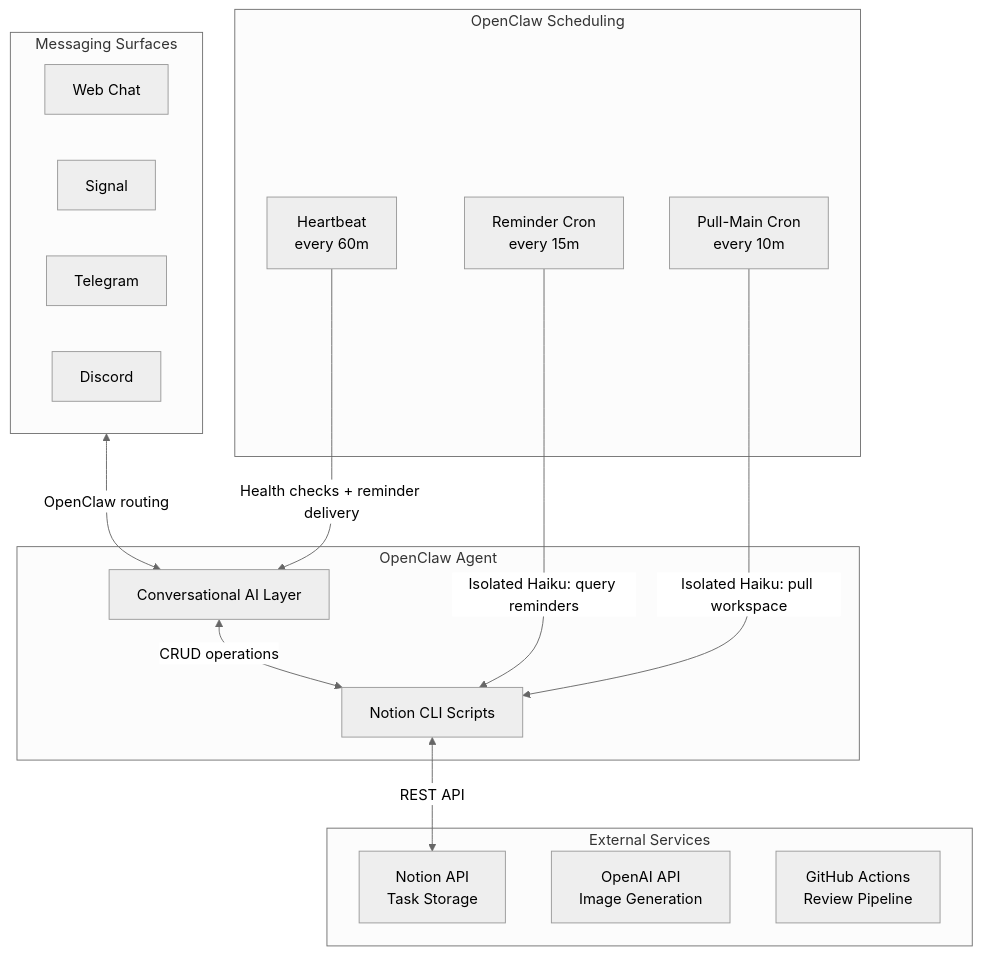
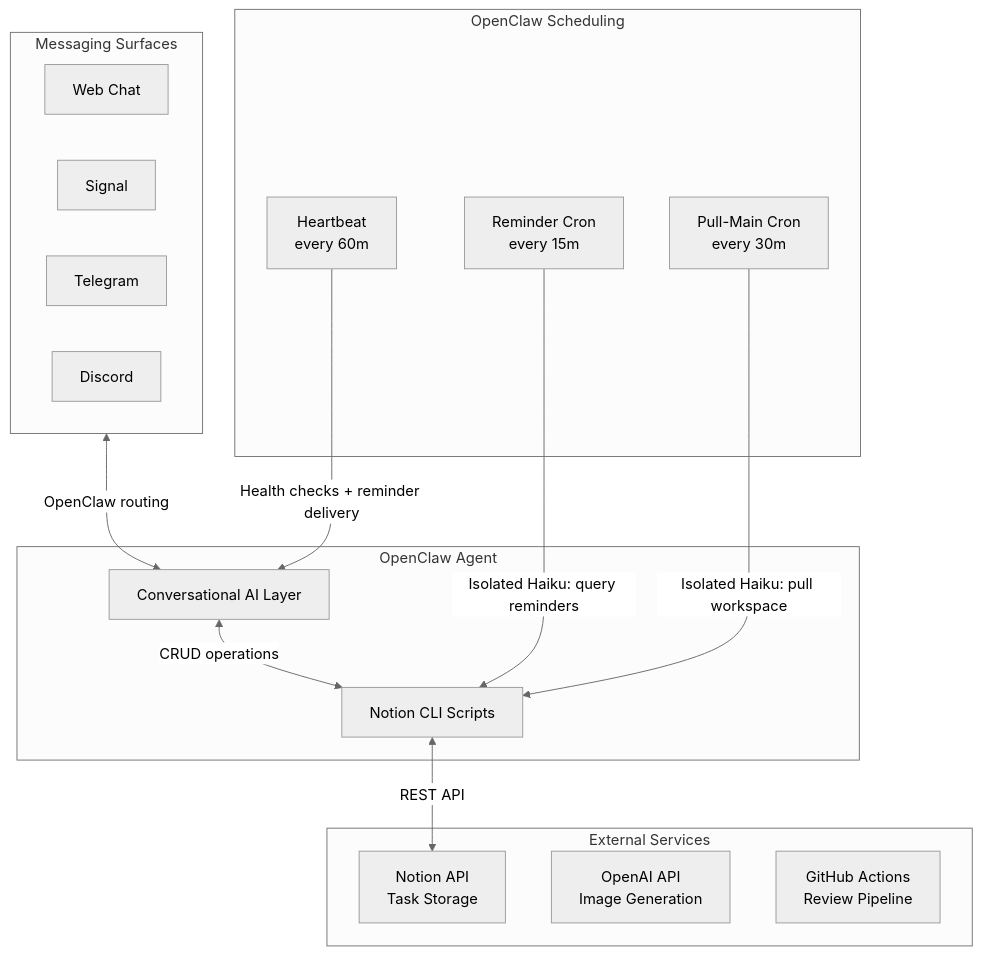
Before and after one commit to NickBorgersProbably/hide-my-list: the first of 6 diagrams in docs/architecture.md, drawn with Mermaid (neutral theme). The commit also changed other lines of this file and 5 other files, not shown here.

````diff
--- a/docs/architecture.md
+++ b/docs/architecture.md
@@ -16,33 +16,33 @@
 ```mermaid
 flowchart TB
     subgraph Agent["OpenClaw Agent"]
         AI[Conversational AI Layer]
         Scripts[Notion CLI Scripts]
     end
 
     subgraph Scheduling["OpenClaw Scheduling"]
         Heartbeat[Heartbeat<br/>every 60m]
         ReminderCron[Reminder Cron<br/>every 15m]
-        PullMainCron[Pull-Main Cron<br/>every 10m]
+        PullMainCron[Pull-Main Cron<br/>every 30m]
     end
 
     subgraph Messaging["Messaging Surfaces"]
         Web[Web Chat]
         Signal[Signal]
         Telegram[Telegram]
         Discord[Discord]
     end
 
     subgraph External["External Services"]
         Notion[Notion API<br/>Task Storage]
         OpenAI[OpenAI API<br/>Image Generation]
         GitHub[GitHub Actions<br/>Review Pipeline]
     end
 
     Messaging <-->|OpenClaw routing| AI
     AI <-->|CRUD operations| Scripts
     Scripts <-->|REST API| Notion
     ReminderCron -->|Isolated Haiku: query reminders| Scripts
     PullMainCron -->|Isolated Haiku: pull workspace| Scripts
     Heartbeat -->|Health checks + reminder delivery| AI
 ```
````
